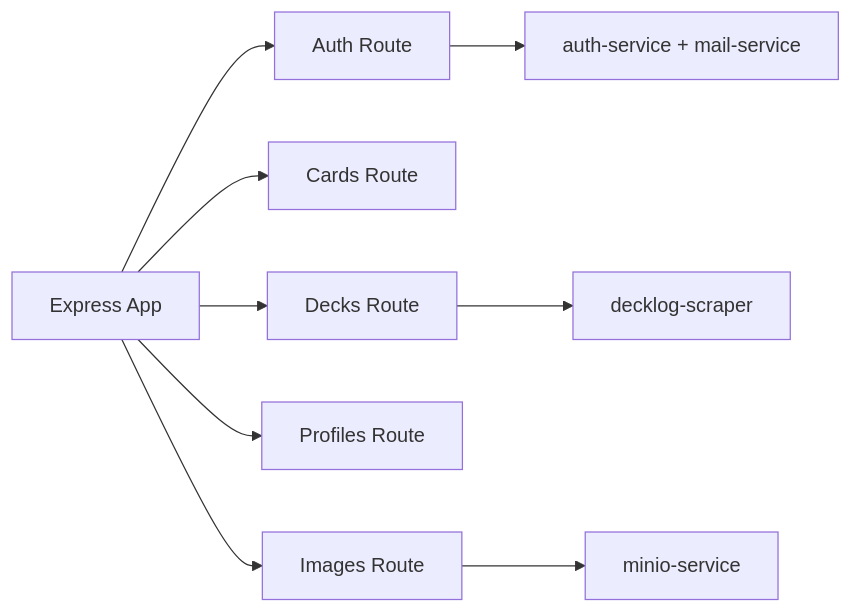
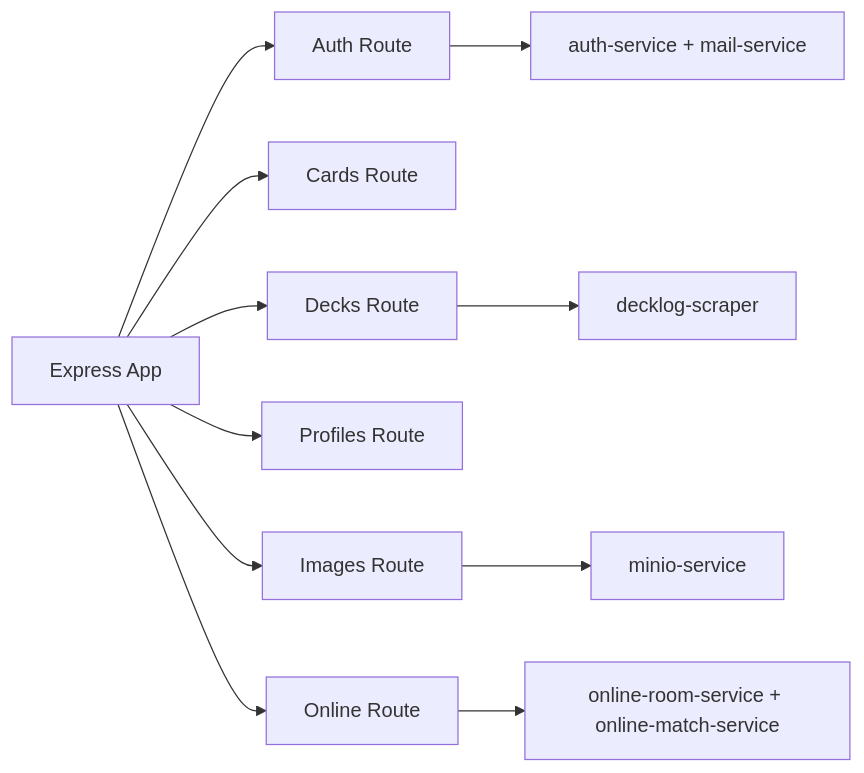
Before and after one commit to catmeow123456/loveca-dev: the seventh of 9 diagrams in game_system_design.md, drawn with Mermaid. The commit also changed other lines of this file and 17 other files, not shown here.

````diff
--- a/game_system_design.md
+++ b/game_system_design.md
@@ -339,12 +341,14 @@
 ```mermaid
 graph LR
     App[Express App] --> AuthR[Auth Route]
     App --> CardsR[Cards Route]
     App --> DecksR[Decks Route]
     App --> ProfilesR[Profiles Route]
     App --> ImagesR[Images Route]
+    App --> OnlineR[Online Route]
 
     AuthR --> AuthSvc[auth-service + mail-service]
     DecksR --> Scraper[decklog-scraper]
     ImagesR --> MinioSvc[minio-service]
+    OnlineR --> OnlineSvc[online-room-service + online-match-service]
 ```
````
